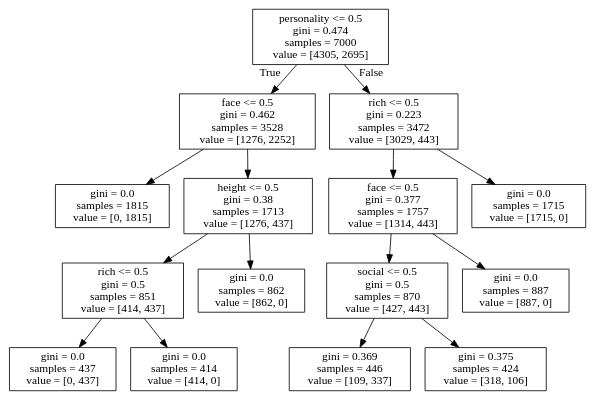
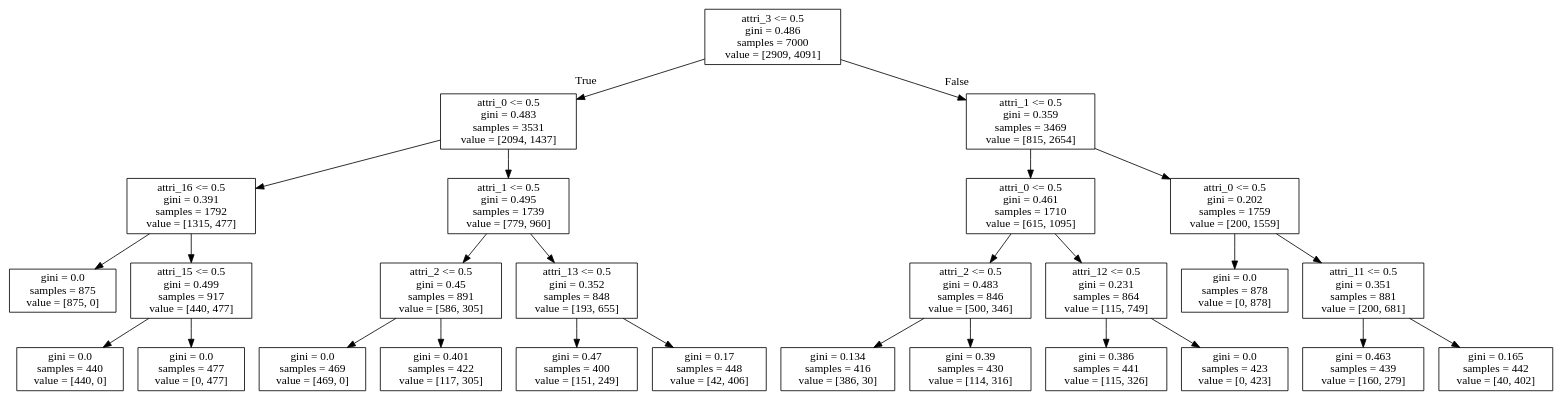
One commit to ElektrischesSchaf/Data_Mining_2019_Projects changed the diagram in Decision_Tree/models/decision_tree_depth4.dot. Above: the diagram before and after it, drawn with Graphviz. The commit also changed 5 other files, not shown here.

```diff
--- a/Decision_Tree/models/decision_tree_depth4.dot
+++ b/Decision_Tree/models/decision_tree_depth4.dot
@@ -1,32 +1,56 @@
 digraph Tree {
 node [shape=box] ;
-0 [label="personality <= 0.5\ngini = 0.474\nsamples = 7000\nvalue = [4305, 2695]"] ;
-1 [label="face <= 0.5\ngini = 0.462\nsamples = 3528\nvalue = [1276, 2252]"] ;
+0 [label="attri_3 <= 0.5\ngini = 0.486\nsamples = 7000\nvalue = [2909, 4091]"] ;
+1 [label="attri_0 <= 0.5\ngini = 0.483\nsamples = 3531\nvalue = [2094, 1437]"] ;
 0 -> 1 [labeldistance=2.5, labelangle=45, headlabel="True"] ;
-2 [label="gini = 0.0\nsamples = 1815\nvalue = [0, 1815]"] ;
+2 [label="attri_16 <= 0.5\ngini = 0.391\nsamples = 1792\nvalue = [1315, 477]"] ;
 1 -> 2 ;
-3 [label="height <= 0.5\ngini = 0.38\nsamples = 1713\nvalue = [1276, 437]"] ;
-1 -> 3 ;
-4 [label="rich <= 0.5\ngini = 0.5\nsamples = 851\nvalue = [414, 437]"] ;
-3 -> 4 ;
-5 [label="gini = 0.0\nsamples = 437\nvalue = [0, 437]"] ;
+3 [label="gini = 0.0\nsamples = 875\nvalue = [875, 0]"] ;
+2 -> 3 ;
+4 [label="attri_15 <= 0.5\ngini = 0.499\nsamples = 917\nvalue = [440, 477]"] ;
+2 -> 4 ;
+5 [label="gini = 0.0\nsamples = 440\nvalue = [440, 0]"] ;
 4 -> 5 ;
-6 [label="gini = 0.0\nsamples = 414\nvalue = [414, 0]"] ;
+6 [label="gini = 0.0\nsamples = 477\nvalue = [0, 477]"] ;
 4 -> 6 ;
-7 [label="gini = 0.0\nsamples = 862\nvalue = [862, 0]"] ;
-3 -> 7 ;
-8 [label="rich <= 0.5\ngini = 0.223\nsamples = 3472\nvalue = [3029, 443]"] ;
-0 -> 8 [labeldistance=2.5, labelangle=-45, headlabel="False"] ;
-9 [label="face <= 0.5\ngini = 0.377\nsamples = 1757\nvalue = [1314, 443]"] ;
+7 [label="attri_1 <= 0.5\ngini = 0.495\nsamples = 1739\nvalue = [779, 960]"] ;
+1 -> 7 ;
+8 [label="attri_2 <= 0.5\ngini = 0.45\nsamples = 891\nvalue = [586, 305]"] ;
+7 -> 8 ;
+9 [label="gini = 0.0\nsamples = 469\nvalue = [469, 0]"] ;
 8 -> 9 ;
-10 [label="social <= 0.5\ngini = 0.5\nsamples = 870\nvalue = [427, 443]"] ;
-9 -> 10 ;
-11 [label="gini = 0.369\nsamples = 446\nvalue = [109, 337]"] ;
-10 -> 11 ;
-12 [label="gini = 0.375\nsamples = 424\nvalue = [318, 106]"] ;
-10 -> 12 ;
-13 [label="gini = 0.0\nsamples = 887\nvalue = [887, 0]"] ;
-9 -> 13 ;
-14 [label="gini = 0.0\nsamples = 1715\nvalue = [1715, 0]"] ;
-8 -> 14 ;
+10 [label="gini = 0.401\nsamples = 422\nvalue = [117, 305]"] ;
+8 -> 10 ;
+11 [label="attri_13 <= 0.5\ngini = 0.352\nsamples = 848\nvalue = [193, 655]"] ;
+7 -> 11 ;
+12 [label="gini = 0.47\nsamples = 400\nvalue = [151, 249]"] ;
+11 -> 12 ;
+13 [label="gini = 0.17\nsamples = 448\nvalue = [42, 406]"] ;
+11 -> 13 ;
+14 [label="attri_1 <= 0.5\ngini = 0.359\nsamples = 3469\nvalue = [815, 2654]"] ;
+0 -> 14 [labeldistance=2.5, labelangle=-45, headlabel="False"] ;
+15 [label="attri_0 <= 0.5\ngini = 0.461\nsamples = 1710\nvalue = [615, 1095]"] ;
+14 -> 15 ;
+16 [label="attri_2 <= 0.5\ngini = 0.483\nsamples = 846\nvalue = [500, 346]"] ;
+15 -> 16 ;
+17 [label="gini = 0.134\nsamples = 416\nvalue = [386, 30]"] ;
+16 -> 17 ;
+18 [label="gini = 0.39\nsamples = 430\nvalue = [114, 316]"] ;
+16 -> 18 ;
+19 [label="attri_12 <= 0.5\ngini = 0.231\nsamples = 864\nvalue = [115, 749]"] ;
+15 -> 19 ;
+20 [label="gini = 0.386\nsamples = 441\nvalue = [115, 326]"] ;
+19 -> 20 ;
+21 [label="gini = 0.0\nsamples = 423\nvalue = [0, 423]"] ;
+19 -> 21 ;
+22 [label="attri_0 <= 0.5\ngini = 0.202\nsamples = 1759\nvalue = [200, 1559]"] ;
+14 -> 22 ;
+23 [label="gini = 0.0\nsamples = 878\nvalue = [0, 878]"] ;
+22 -> 23 ;
+24 [label="attri_11 <= 0.5\ngini = 0.351\nsamples = 881\nvalue = [200, 681]"] ;
+22 -> 24 ;
+25 [label="gini = 0.463\nsamples = 439\nvalue = [160, 279]"] ;
+24 -> 25 ;
+26 [label="gini = 0.165\nsamples = 442\nvalue = [40, 402]"] ;
+24 -> 26 ;
 }
```
